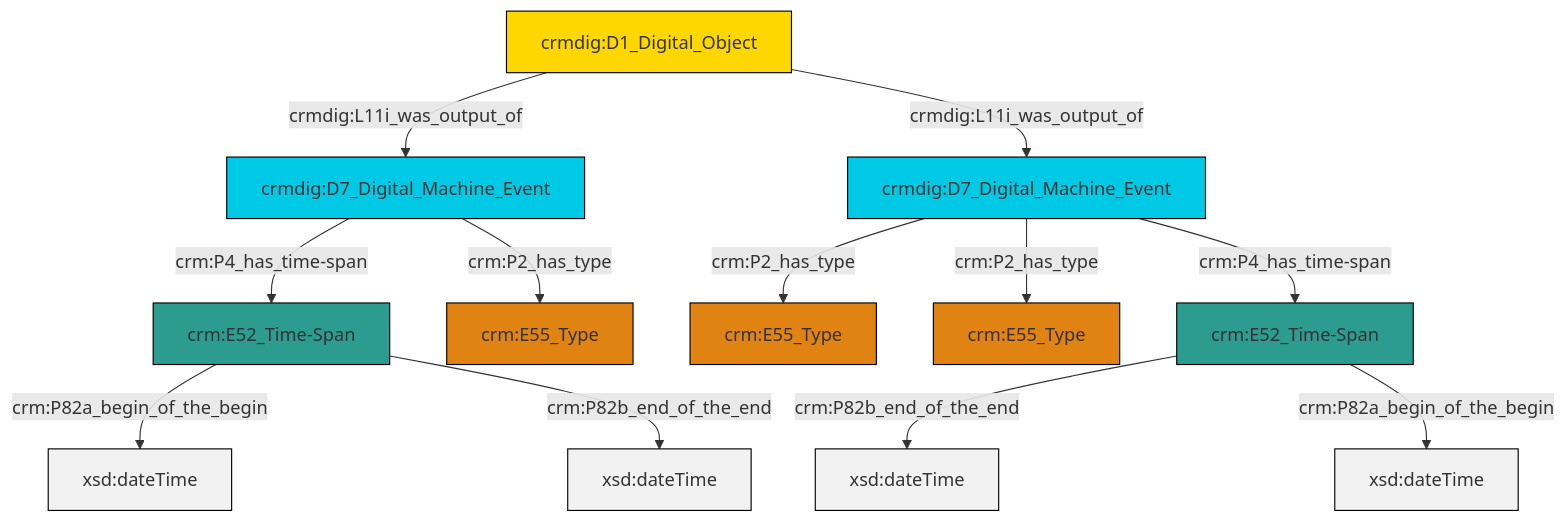
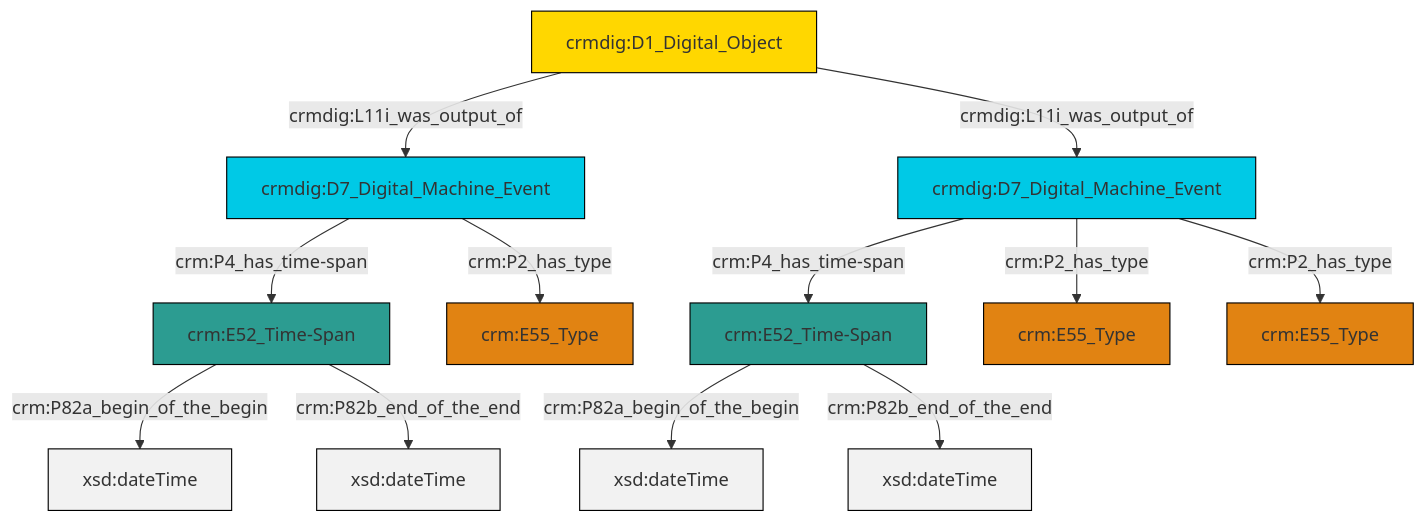
Before and after one commit to swiss-art-research-net/reference-data-models: the diagram in et/doCSV/ttl/mmd/do_existence.ttl.mmd, drawn with Mermaid. The commit also changed 150 other files, not shown here.

```diff
--- a/et/doCSV/ttl/mmd/do_existence.ttl.mmd
+++ b/et/doCSV/ttl/mmd/do_existence.ttl.mmd
@@ -1,26 +1,26 @@
 graph TD
 classDef Literal fill:#f2f2f2,stroke:#000000;
 classDef CRM_Entity fill:#FFFFFF,stroke:#000000;
 classDef Temporal_Entity fill:#00C9E6, stroke:#000000;
 classDef Type fill:#E18312, stroke:#000000;
 classDef Time-Span fill:#2C9C91, stroke:#000000;
 classDef Appellation fill:#FFEB7F, stroke:#000000;
 classDef Place fill:#008836, stroke:#000000;
 classDef Persistent_Item fill:#B266B2, stroke:#000000;
 classDef Conceptual_Object fill:#FFD700, stroke:#000000;
 classDef Physical_Thing fill:#D2B48C, stroke:#000000;
 classDef Actor fill:#f58aad, stroke:#000000;
 classDef PC_Classes fill:#4ce600, stroke:#000000;
 classDef Multi fill:#cccccc,stroke:#000000;
 
-4["crmdig:D7_Digital_Machine_Event"]:::Temporal_Entity -->|crm:P2_has_type| 5["crm:E55_Type"]:::Type
-4["crmdig:D7_Digital_Machine_Event"]:::Temporal_Entity -->|crm:P2_has_type| 2["crm:E55_Type"]:::Type
-4["crmdig:D7_Digital_Machine_Event"]:::Temporal_Entity -->|crm:P4_has_time-span| 9["crm:E52_Time-Span"]:::Time-Span
-14["crmdig:D7_Digital_Machine_Event"]:::Temporal_Entity -->|crm:P4_has_time-span| 7["crm:E52_Time-Span"]:::Time-Span
-9["crm:E52_Time-Span"]:::Time-Span -->|crm:P82b_end_of_the_end| 15[xsd:dateTime]:::Literal
-17["crmdig:D1_Digital_Object"]:::Conceptual_Object -->|crmdig:L11i_was_output_of| 14["crmdig:D7_Digital_Machine_Event"]:::Temporal_Entity
-14["crmdig:D7_Digital_Machine_Event"]:::Temporal_Entity -->|crm:P2_has_type| 0["crm:E55_Type"]:::Type
-7["crm:E52_Time-Span"]:::Time-Span -->|crm:P82a_begin_of_the_begin| 19[xsd:dateTime]:::Literal
-17["crmdig:D1_Digital_Object"]:::Conceptual_Object -->|crmdig:L11i_was_output_of| 4["crmdig:D7_Digital_Machine_Event"]:::Temporal_Entity
-7["crm:E52_Time-Span"]:::Time-Span -->|crm:P82b_end_of_the_end| 21[xsd:dateTime]:::Literal
-9["crm:E52_Time-Span"]:::Time-Span -->|crm:P82a_begin_of_the_begin| 22[xsd:dateTime]:::Literal
+0["crm:E52_Time-Span"]:::Time-Span -->|crm:P82a_begin_of_the_begin| 1[xsd:dateTime]:::Literal
+2["crmdig:D7_Digital_Machine_Event"]:::Temporal_Entity -->|crm:P2_has_type| 3["crm:E55_Type"]:::Type
+0["crm:E52_Time-Span"]:::Time-Span -->|crm:P82b_end_of_the_end| 8[xsd:dateTime]:::Literal
+2["crmdig:D7_Digital_Machine_Event"]:::Temporal_Entity -->|crm:P4_has_time-span| 0["crm:E52_Time-Span"]:::Time-Span
+9["crmdig:D7_Digital_Machine_Event"]:::Temporal_Entity -->|crm:P4_has_time-span| 6["crm:E52_Time-Span"]:::Time-Span
+9["crmdig:D7_Digital_Machine_Event"]:::Temporal_Entity -->|crm:P2_has_type| 10["crm:E55_Type"]:::Type
+6["crm:E52_Time-Span"]:::Time-Span -->|crm:P82a_begin_of_the_begin| 11[xsd:dateTime]:::Literal
+9["crmdig:D7_Digital_Machine_Event"]:::Temporal_Entity -->|crm:P2_has_type| 12["crm:E55_Type"]:::Type
+14["crmdig:D1_Digital_Object"]:::Conceptual_Object -->|crmdig:L11i_was_output_of| 2["crmdig:D7_Digital_Machine_Event"]:::Temporal_Entity
+14["crmdig:D1_Digital_Object"]:::Conceptual_Object -->|crmdig:L11i_was_output_of| 9["crmdig:D7_Digital_Machine_Event"]:::Temporal_Entity
+6["crm:E52_Time-Span"]:::Time-Span -->|crm:P82b_end_of_the_end| 20[xsd:dateTime]:::Literal
```
